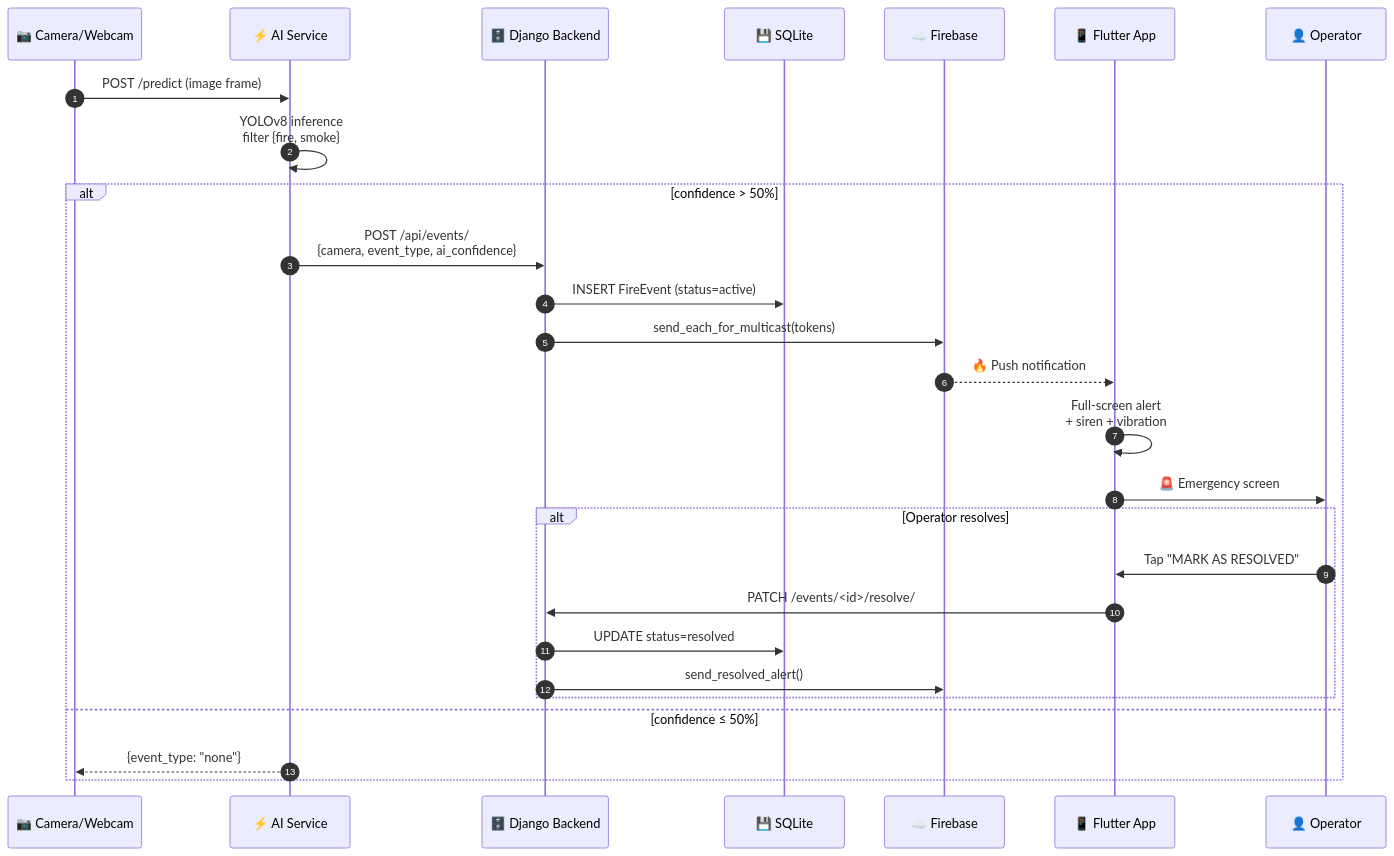
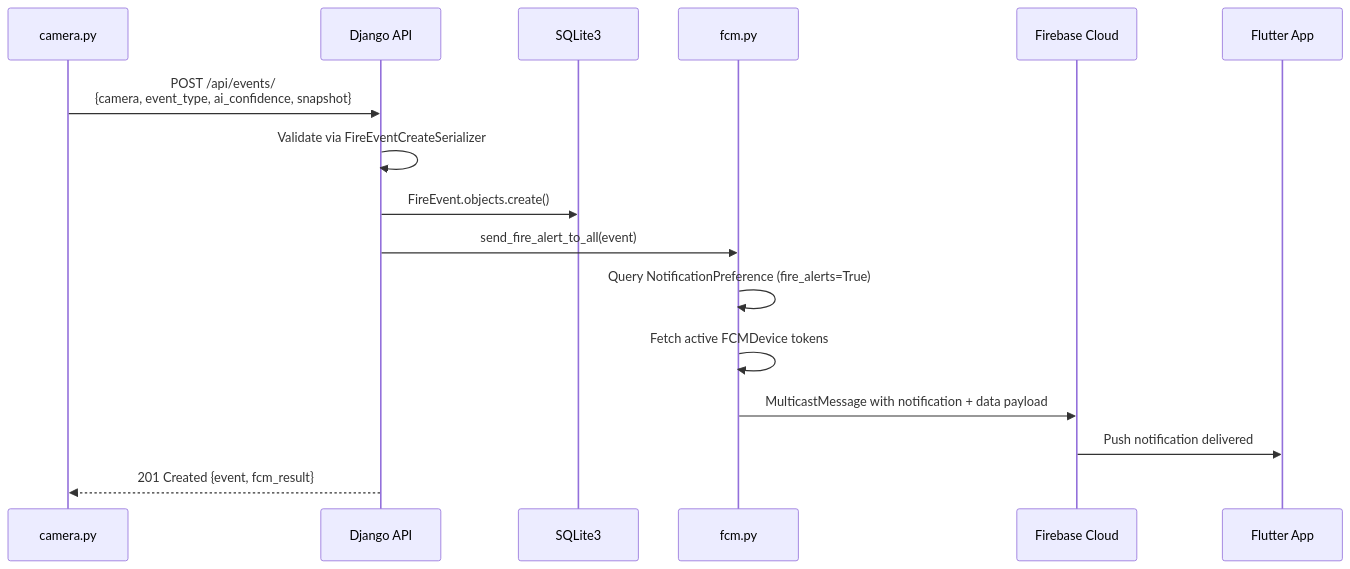
Before and after one commit to mostafaabdoelgohary2003AI/fireguard-graduation-project: the second of 11 diagrams in docs/architecture.md, drawn with Mermaid. The commit also changed other lines of this file and 31 other files, not shown here.

````diff
--- a/docs/architecture.md
+++ b/docs/architecture.md
@@ -138,32 +105,19 @@
 ```mermaid
 sequenceDiagram
-    autonumber
-    participant Camera as 📷 Camera/Webcam
-    participant AI as ⚡ AI Service
-    participant Backend as 🗄️ Django Backend
-    participant DB as 💾 SQLite
-    participant FCM as ☁️ Firebase
-    participant App as 📱 Flutter App
-    participant User as 👤 Operator
+    participant AI as camera.py
+    participant API as Django API
+    participant DB as SQLite3
+    participant FCM_SRV as fcm.py
+    participant FCM as Firebase Cloud
+    participant APP as Flutter App
 
-    Camera->>AI: POST /predict (image frame)
-    AI->>AI: YOLOv8 inference<br/>filter {fire, smoke}
-    
-    alt confidence > 50%
-        AI->>Backend: POST /api/events/<br/>{camera, event_type, ai_confidence}
-        Backend->>DB: INSERT FireEvent (status=active)
-        Backend->>FCM: send_each_for_multicast(tokens)
-        FCM-->>App: 🔥 Push notification
-        App->>App: Full-screen alert<br/>+ siren + vibration
-        App->>User: 🚨 Emergency screen
-        
-        alt Operator resolves
-            User->>App: Tap "MARK AS RESOLVED"
-            App->>Backend: PATCH /events/<id>/resolve/
-            Backend->>DB: UPDATE status=resolved
-            Backend->>FCM: send_resolved_alert()
-        end
-    else confidence ≤ 50%
-        AI-->>Camera: {event_type: "none"}
-    end
+    AI->>API: POST /api/events/<br/>{camera, event_type, ai_confidence, snapshot}
+    API->>API: Validate via FireEventCreateSerializer
+    API->>DB: FireEvent.objects.create()
+    API->>FCM_SRV: send_fire_alert_to_all(event)
+    FCM_SRV->>FCM_SRV: Query NotificationPreference (fire_alerts=True)
+    FCM_SRV->>FCM_SRV: Fetch active FCMDevice tokens
+    FCM_SRV->>FCM: MulticastMessage with notification + data payload
+    FCM->>APP: Push notification delivered
+    API-->>AI: 201 Created {event, fcm_result}
 ```
````
